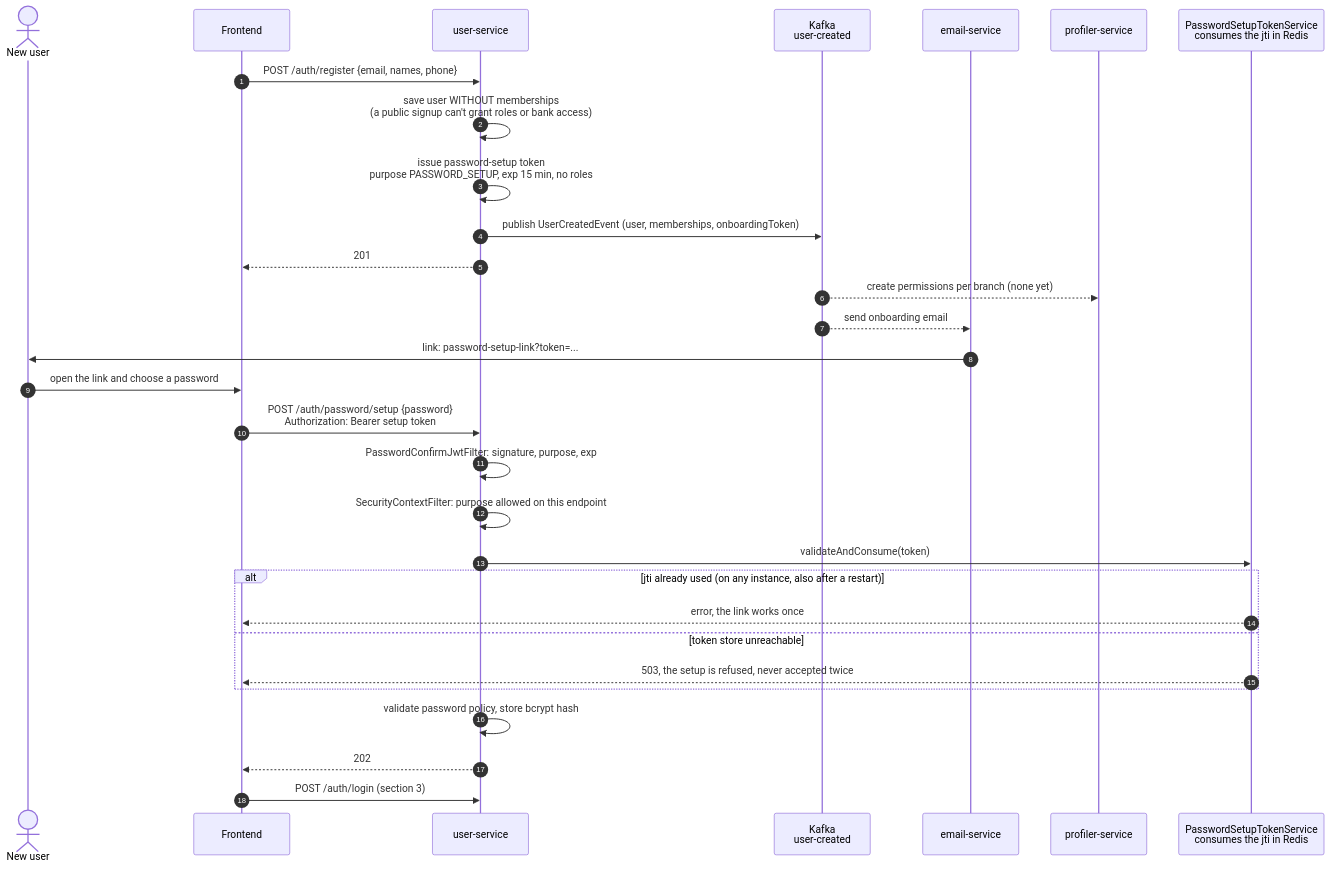
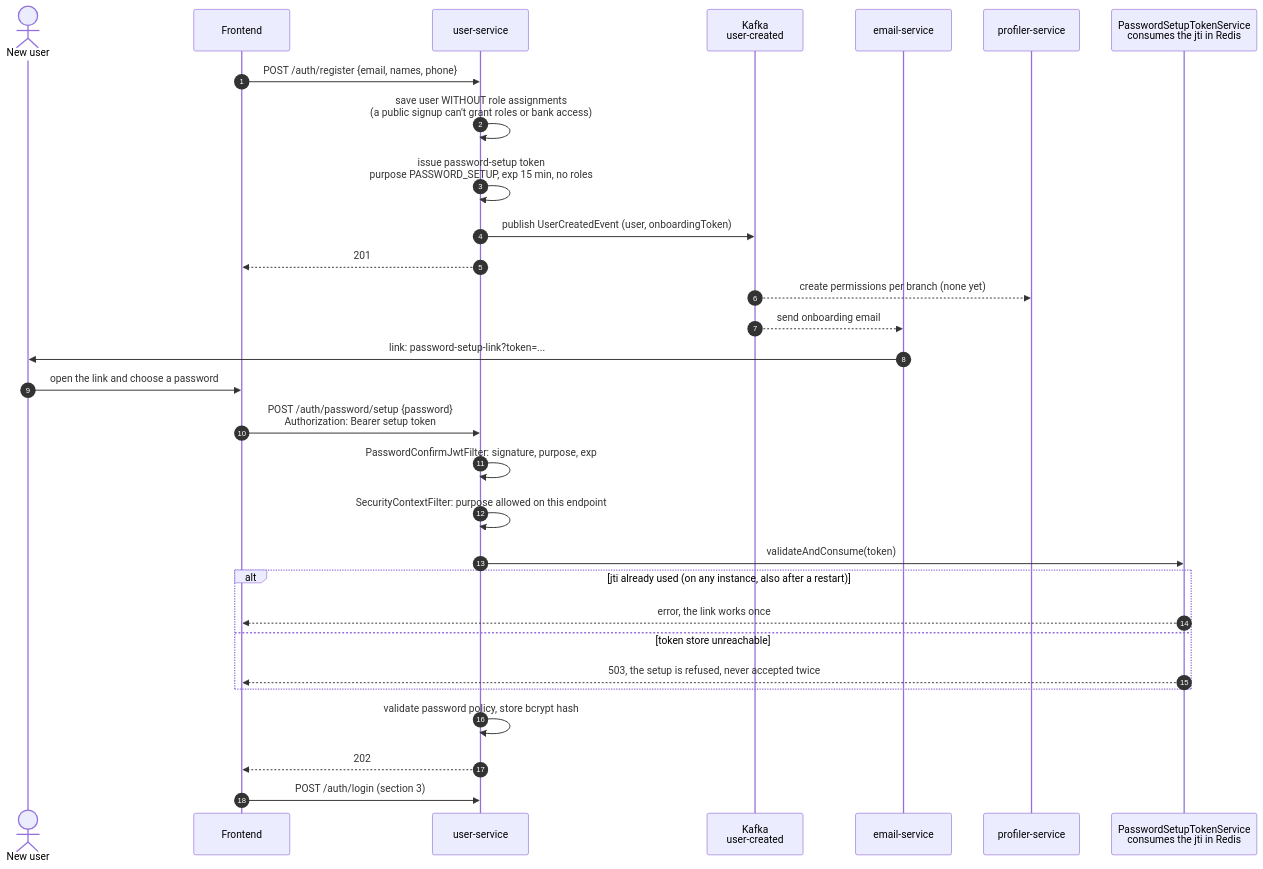
Before and after one commit to RaffSStein/Wealth-Management-Platform-BE: the fifth of 7 diagrams in docs/domain/process/security/jwt-authentication.md, drawn with Mermaid. The commit also changed other lines of this file and 5 other files, not shown here.

````diff
--- a/docs/domain/process/security/jwt-authentication.md
+++ b/docs/domain/process/security/jwt-authentication.md
@@ -213,33 +215,33 @@
 ```mermaid
 sequenceDiagram
     autonumber
     actor U as New user
     participant FE as Frontend
     participant US as user-service
     participant K as Kafka<br/>user-created
     participant ES as email-service
     participant PR as profiler-service
     participant PS as PasswordSetupTokenService<br/>consumes the jti in Redis
 
     FE->>US: POST /auth/register {email, names, phone}
-    US->>US: save user WITHOUT memberships<br/>(a public signup can't grant roles or bank access)
+    US->>US: save user WITHOUT role assignments<br/>(a public signup can't grant roles or bank access)
     US->>US: issue password-setup token<br/>purpose PASSWORD_SETUP, exp 15 min, no roles
-    US->>K: publish UserCreatedEvent (user, memberships, onboardingToken)
+    US->>K: publish UserCreatedEvent (user, onboardingToken)
     US-->>FE: 201
     K-->>PR: create permissions per branch (none yet)
     K-->>ES: send onboarding email
     ES->>U: link: password-setup-link?token=...
     U->>FE: open the link and choose a password
     FE->>US: POST /auth/password/setup {password}<br/>Authorization: Bearer setup token
     US->>US: PasswordConfirmJwtFilter: signature, purpose, exp
     US->>US: SecurityContextFilter: purpose allowed on this endpoint
     US->>PS: validateAndConsume(token)
     alt jti already used (on any instance, also after a restart)
         PS-->>FE: error, the link works once
     else token store unreachable
         PS-->>FE: 503, the setup is refused, never accepted twice
     end
     US->>US: validate password policy, store bcrypt hash
     US-->>FE: 202
     FE->>US: POST /auth/login (section 3)
 ```
````
